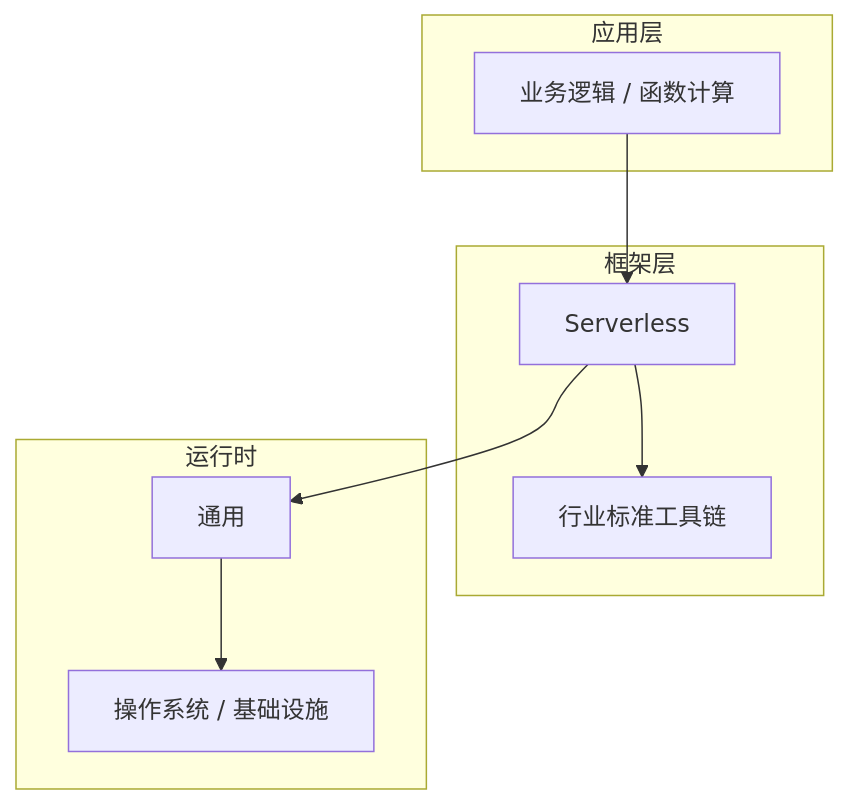
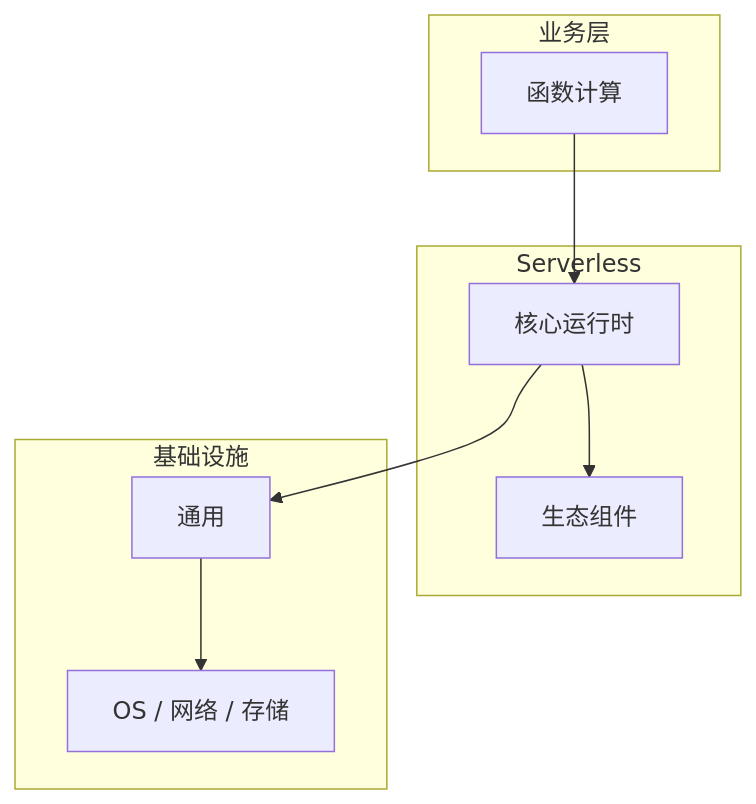
The diagram in articles/Serverless/chapters/007-函数计算核心概念与原理.md (yanggan2015/knowledge-json-v2), drawn with Mermaid before and after one commit. The commit also changed other lines of this file and 10127 other files, not shown here.

````diff
--- a/articles/Serverless/chapters/007-函数计算核心概念与原理.md
+++ b/articles/Serverless/chapters/007-函数计算核心概念与原理.md
@@ -45,18 +34,18 @@
 ```mermaid
 graph TB
-    subgraph 应用层
-        A[业务逻辑 / 函数计算]
+    subgraph 业务层
+        A[函数计算]
     end
-    subgraph 框架层
-        B[Serverless]
-        C[行业标准工具链]
+    subgraph Serverless
+        B[核心运行时]
+        C[生态组件]
     end
-    subgraph 运行时
+    subgraph 基础设施
         D[通用]
-        E[操作系统 / 基础设施]
+        E[OS / 网络 / 存储]
     end
     A --> B
     B --> C
     B --> D
     D --> E
 ```
````
